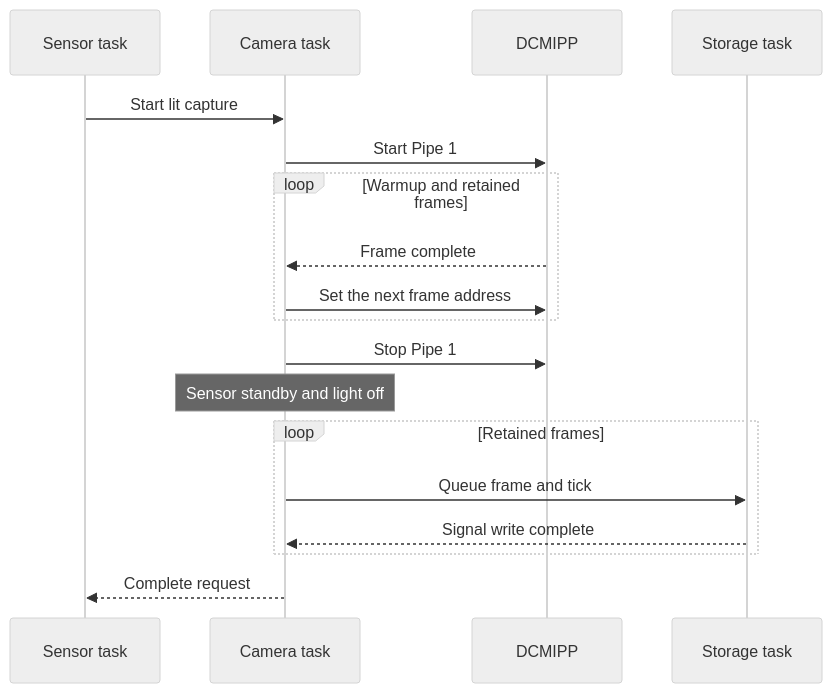
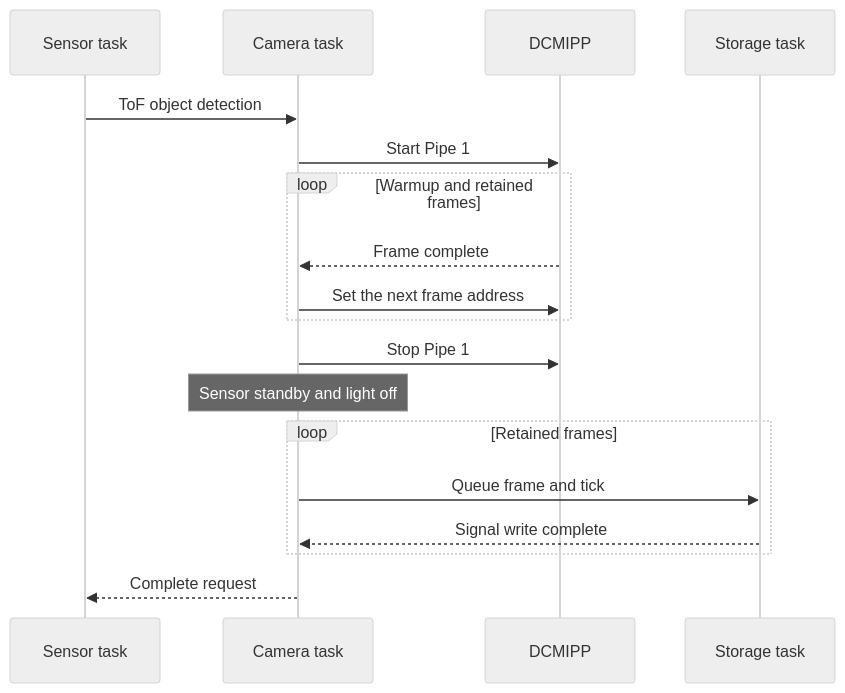
One commit to SSierraAl/STM32N6_Discovery_Camera_ToF_SD changed the second of 2 diagrams in docs/firmware-guide.md. Above: the diagram before and after it, drawn with Mermaid (neutral theme). The commit also changed other lines of this file and 3 other files, not shown here.

````diff
--- a/docs/firmware-guide.md
+++ b/docs/firmware-guide.md
@@ -60,20 +60,20 @@
 ```mermaid
 sequenceDiagram
     participant ToF as Sensor task
     participant Cam as Camera task
     participant DMA as DCMIPP
     participant SD as Storage task
-    ToF->>Cam: Start lit capture
+    ToF->>Cam: ToF object detection
     Cam->>DMA: Start Pipe 1
     loop Warmup and retained frames
         DMA-->>Cam: Frame complete
         Cam->>DMA: Set the next frame address
     end
     Cam->>DMA: Stop Pipe 1
     Note over Cam: Sensor standby and light off
     loop Retained frames
         Cam->>SD: Queue frame and tick
         SD-->>Cam: Signal write complete
     end
     Cam-->>ToF: Complete request
 ```
````
